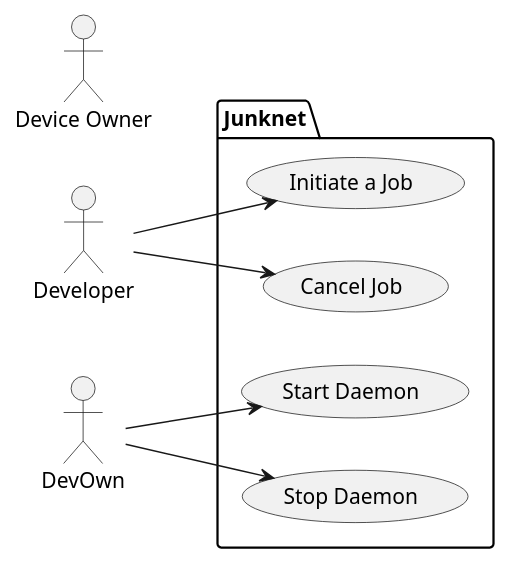
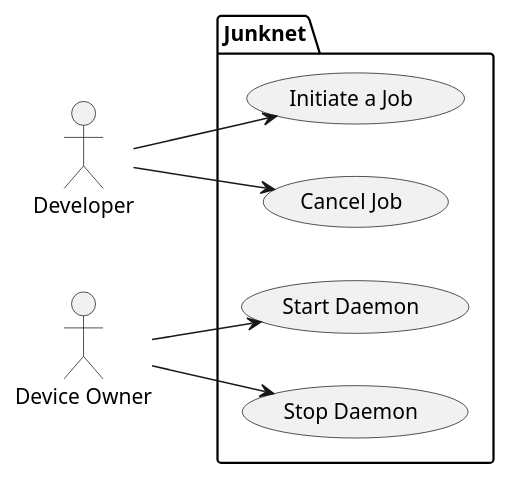
One commit to cs130-w21/1 changed the diagram in UseCase/usecase.plantuml. Above: the diagram before and after it, drawn with PlantUML.

Commit message:
Fixed DevOwn Device Owner bug.

```diff
--- a/UseCase/usecase.plantuml
+++ b/UseCase/usecase.plantuml
@@ -1,19 +1,19 @@
 @startuml
 
 left to right direction
 
 actor Developer as developer
-actor "Device Owner" as devOwn
+actor "Device Owner" as DevOwn
 package Junknet { 
 	usecase (Initiate a Job) as initiate
 	usecase (Cancel Job) as cancel
         usecase (Start Daemon) as start
         usecase (Stop Daemon) as stop
 
 }
 
 developer --> initiate
 developer --> cancel
 DevOwn --> start
 DevOwn --> stop
 @enduml
```
